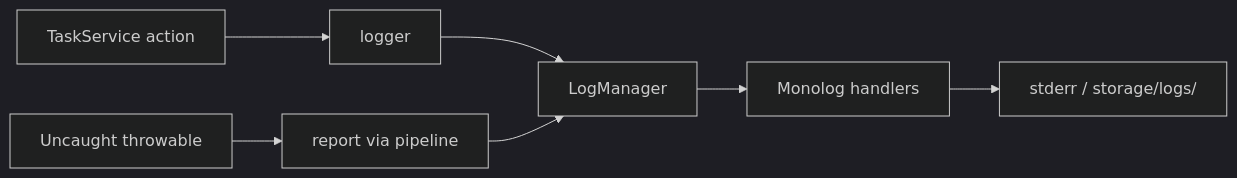
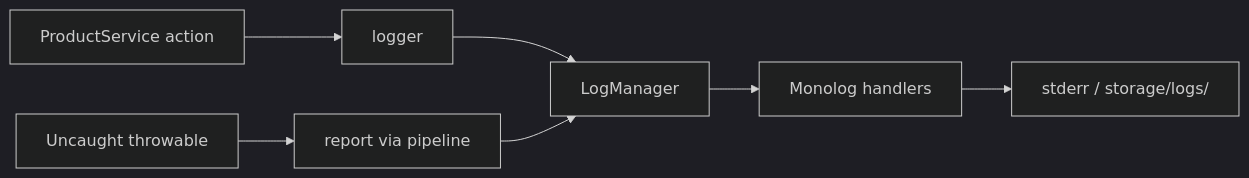
One commit to PioniaPHP-project/pionia-docs changed the diagram in content/docs/documentation/operations/logging.md. Above: the diagram before and after it, drawn with Mermaid (dark theme). The commit also changed other lines of this file and 268 other files, not shown here.

```diff
--- a/content/docs/documentation/operations/logging.md
+++ b/content/docs/documentation/operations/logging.md
@@ -39,9 +39,9 @@
 {{< mermaid >}}
 flowchart LR
-  Svc[TaskService action] --> Logger[logger]
+  Svc[ProductService action] --> Logger[logger]
   Err[Uncaught throwable] --> Report[report via pipeline]
   Logger --> LM[LogManager]
   Report --> LM
   LM --> Handlers[Monolog handlers]
   Handlers --> Out["stderr / storage/logs/"]
 {{< /mermaid >}}
```
